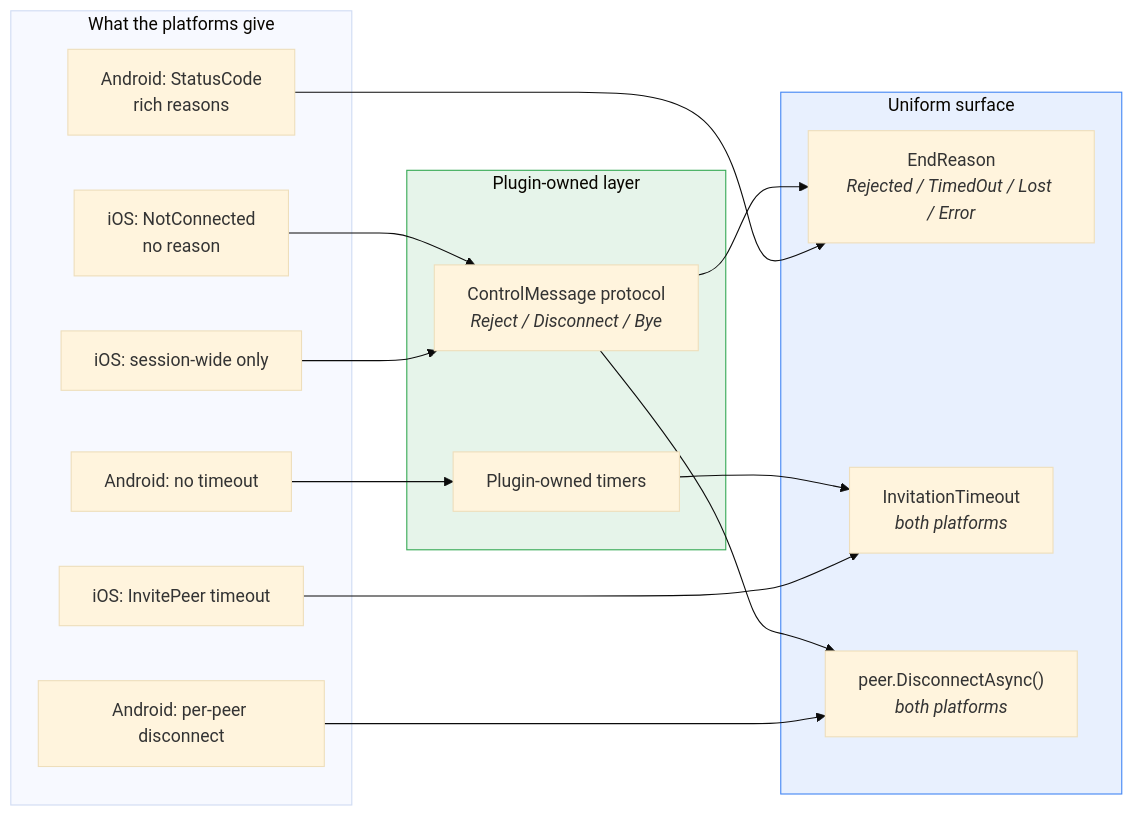
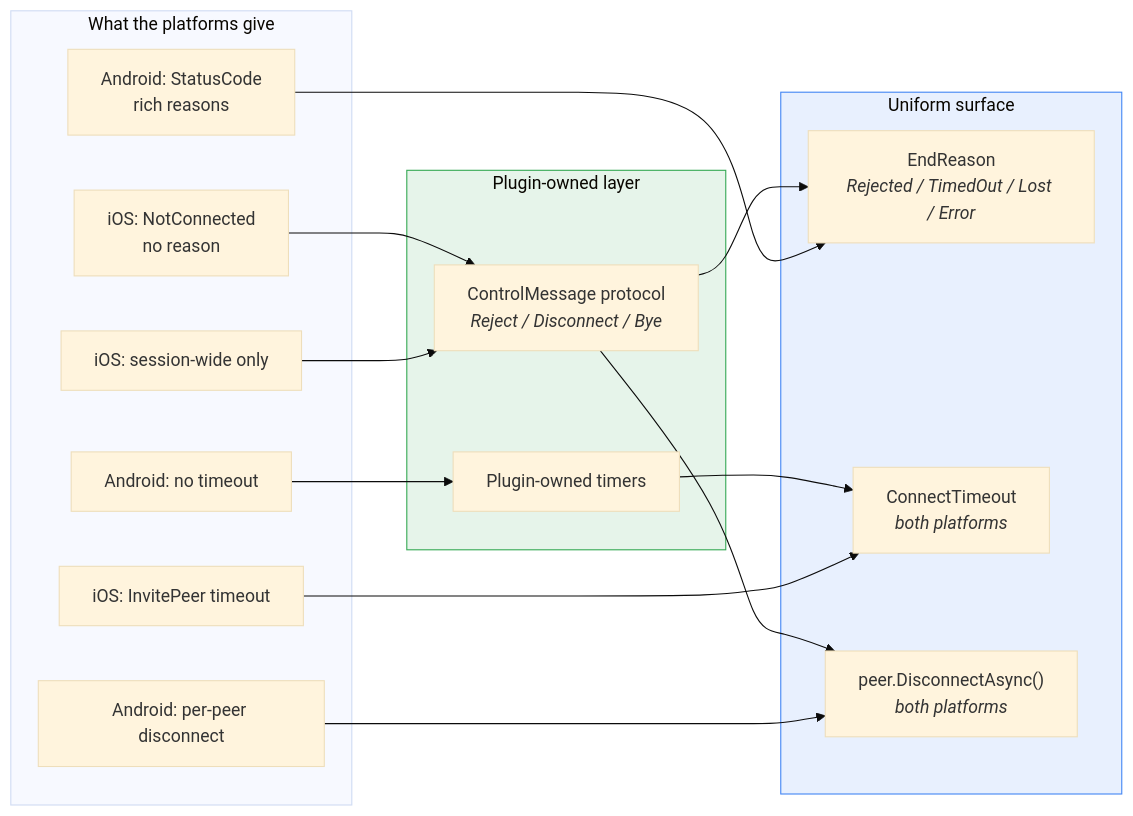
The fifth of 5 diagrams in docs/DEVICE-LIFECYCLE.md (phunkeler/Plugin.Maui.NearbyConnections), drawn with Mermaid (base theme) before and after one commit. The commit also changed other lines of this file and 28 other files, not shown here.

First line of the commit message:
feat: split InvitationTimeout into three named timeouts

````diff
--- a/docs/DEVICE-LIFECYCLE.md
+++ b/docs/DEVICE-LIFECYCLE.md
@@ -338,32 +339,32 @@
 ```mermaid
 graph LR
     subgraph Native["What the platforms give"]
         A1["Android: StatusCode<br/>rich reasons"]
         I1["iOS: NotConnected<br/>no reason"]
         A2["Android: no timeout"]
         I2["iOS: InvitePeer timeout"]
         A3["Android: per-peer disconnect"]
         I3["iOS: session-wide only"]
     end
 
     subgraph Plugin["Plugin-owned layer"]
         CM["ControlMessage protocol<br/><i>Reject / Disconnect / Bye</i>"]
         TM["Plugin-owned timers"]
     end
 
     subgraph API["Uniform surface"]
         R["EndReason<br/><i>Rejected / TimedOut / Lost / Error</i>"]
-        T["InvitationTimeout<br/><i>both platforms</i>"]
+        T["ConnectTimeout<br/><i>both platforms</i>"]
         D["peer.DisconnectAsync()<br/><i>both platforms</i>"]
     end
 
     I1 --> CM --> R
     A1 --> R
     A2 --> TM --> T
     I2 --> T
     I3 --> CM --> D
     A3 --> D
 
     style Plugin fill:#e6f4ea,stroke:#34a853
     style API fill:#e8f0fe,stroke:#4285f4
 ```
````
